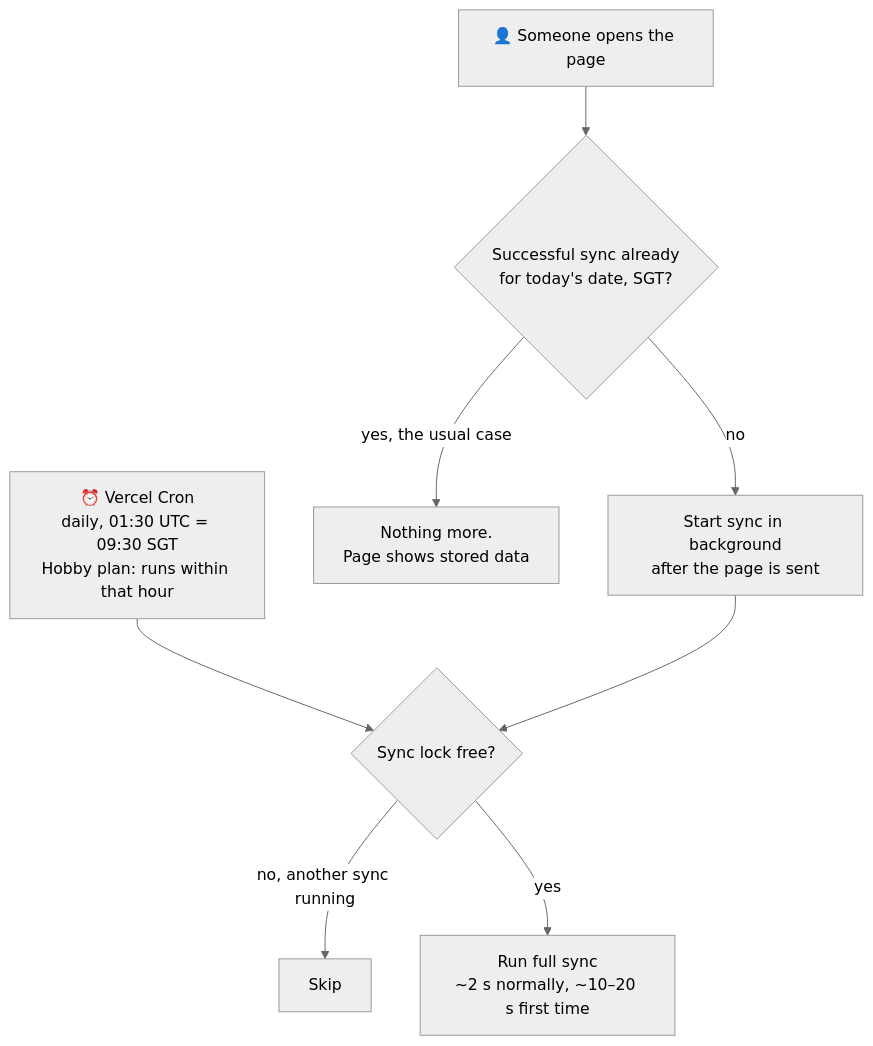
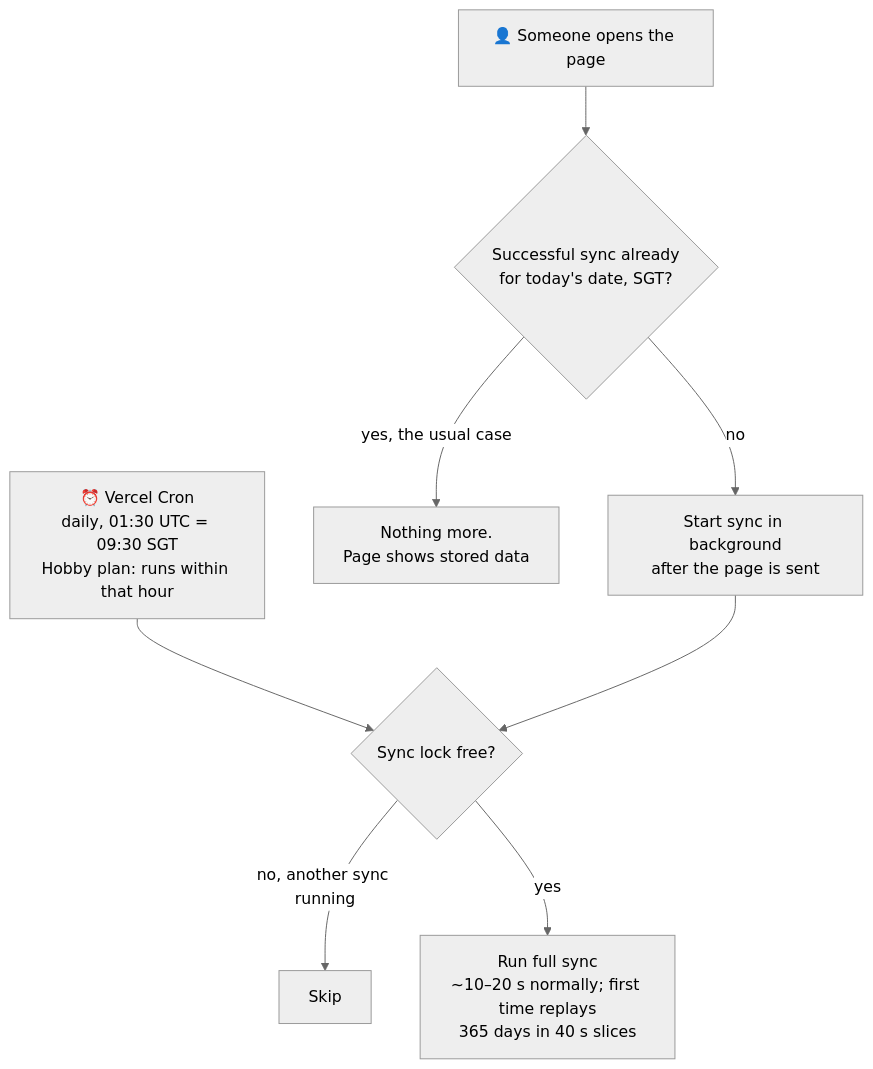
The second of 7 diagrams in README.md (osandadeshan/ratecast), drawn with Mermaid (neutral theme) before and after one commit. The commit also changed other lines of this file and 11 other files, not shown here.

````diff
--- a/README.md
+++ b/README.md
@@ -125,10 +129,10 @@
 ```mermaid
 flowchart TD
     T1["⏰ Vercel Cron<br/>daily, 01:30 UTC = 09:30 SGT<br/>Hobby plan: runs within that hour"] --> RUN
     T2["👤 Someone opens the page"] --> CHK{"Successful sync already<br/>for today's date, SGT?"}
     CHK -->|yes, the usual case| NOOP["Nothing more.<br/>Page shows stored data"]
     CHK -->|no| BG["Start sync in background<br/>after the page is sent"]
     BG --> RUN
     RUN{"Sync lock free?"} -->|no, another sync running| SKIP["Skip"]
-    RUN -->|yes| SYNC["Run full sync<br/>~2 s normally, ~10–20 s first time"]
+    RUN -->|yes| SYNC["Run full sync<br/>~10–20 s normally; first time replays<br/>365 days in 40 s slices"]
 ```
````
